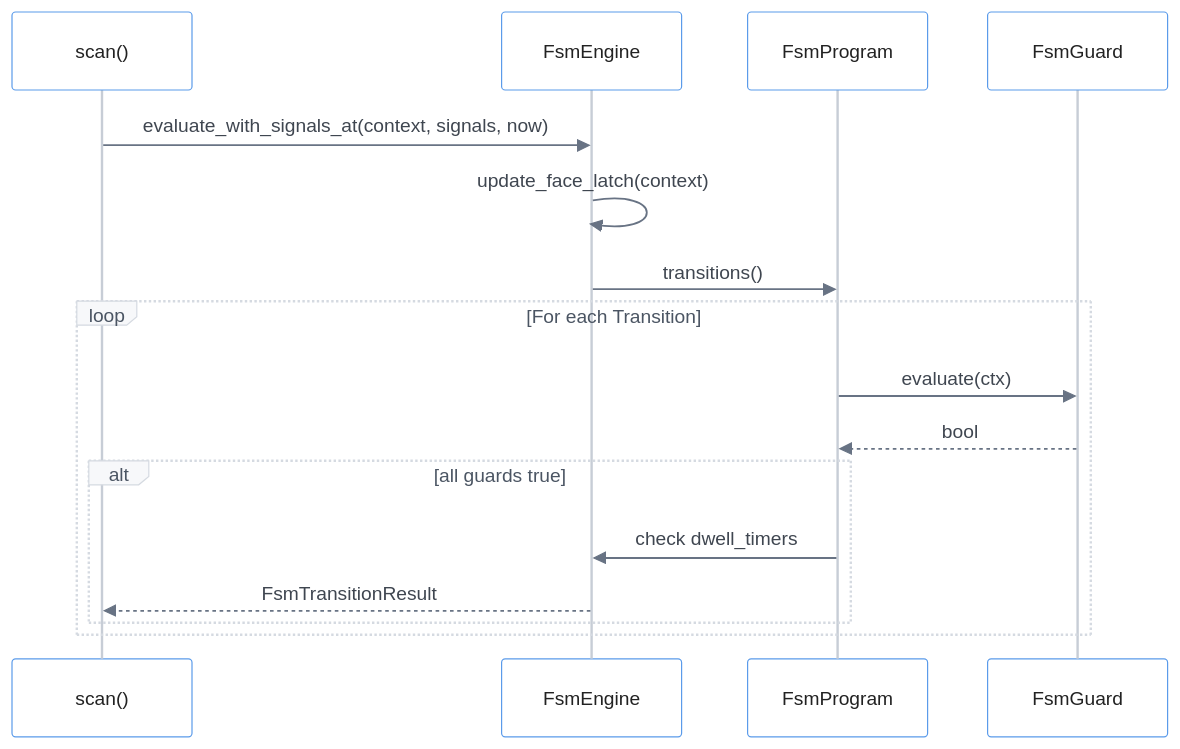
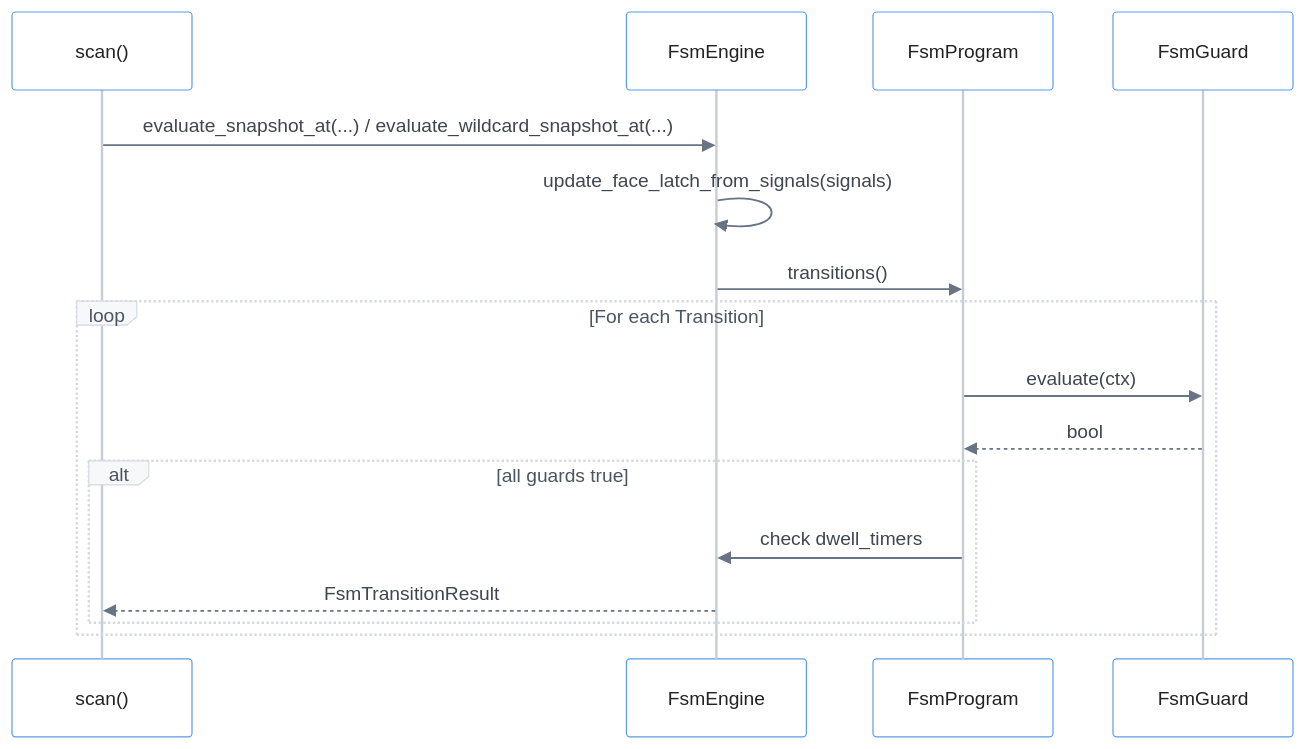
The second of 3 diagrams in docs/wiki/4.3-finite-state-machine-engine.md (e7canasta/mana-lite), drawn with Mermaid before and after one commit. The commit also changed other lines of this file and 92 other files, not shown here.

````diff
--- a/docs/wiki/4.3-finite-state-machine-engine.md
+++ b/docs/wiki/4.3-finite-state-machine-engine.md
@@ -215,49 +219,49 @@
 ```mermaid
 ---
 config:
   theme: base
   themeVariables:
     background: "#FFFFFF"
     primaryColor: "#FFFFFF"
     primaryTextColor: "#222222"
     primaryBorderColor: "#5B9BEA"
     lineColor: "#8A94A6"
     secondaryColor: "#FFFAF0"
     tertiaryColor: "#F5F9FF"
     actorBkg: "#FFFFFF"
     actorBorder: "#5B9BEA"
     actorTextColor: "#222222"
     actorLineColor: "#C7CDD6"
     signalColor: "#687384"
     signalTextColor: "#3F4650"
     labelBoxBkgColor: "#F7F8FA"
     labelBoxBorderColor: "#D5DAE1"
     labelTextColor: "#4B5563"
     loopTextColor: "#4B5563"
     activationBkgColor: "#F5F9FF"
     activationBorderColor: "#5B9BEA"
 ---
 
 sequenceDiagram
 
     participant Scan as scan()
     participant Engine as FsmEngine
     participant Program as FsmProgram
     participant Guard as FsmGuard
 
-    Scan->>Engine: evaluate_with_signals_at(context, signals, now)
+    Scan->>Engine: evaluate_snapshot_at(...) / evaluate_wildcard_snapshot_at(...)
 
-    Engine->>Engine: update_face_latch(context)
+    Engine->>Engine: update_face_latch_from_signals(signals)
 
     Engine->>Program: transitions()
 
     loop For each Transition
         Program->>Guard: evaluate(ctx)
         Guard-->>Program: bool
 
         alt all guards true
             Program->>Engine: check dwell_timers
             Engine-->>Scan: FsmTransitionResult
         end
     end
 ```
````
